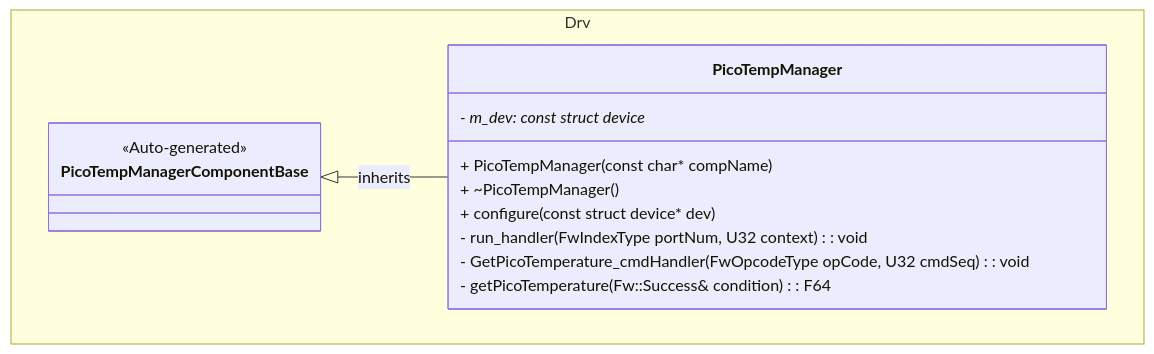
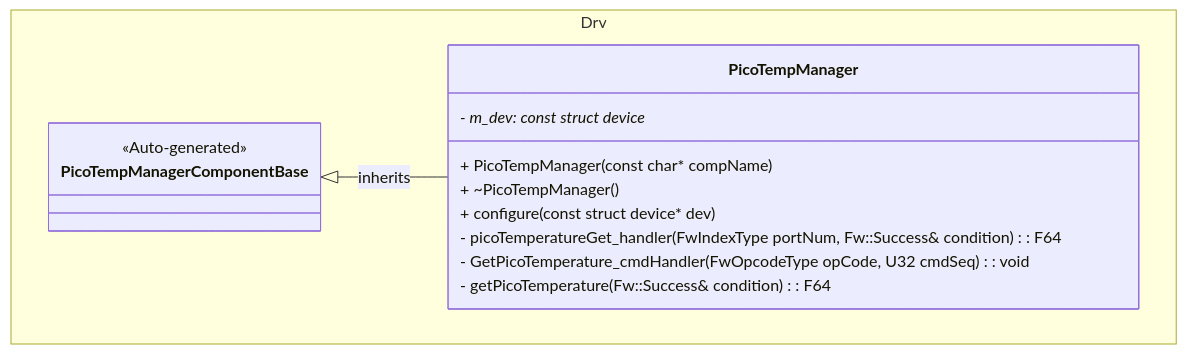
One commit to Open-Source-Space-Foundation/proves-core-reference changed the first of 2 diagrams in PROVESFlightControllerReference/Components/Drv/PicoTempManager/docs/sdd.md. Above: the diagram before and after it, drawn with Mermaid. The commit also changed other lines of this file and 7 other files, not shown here.

Commit message:
Integrate Pico die temperature sensor into ThermalManager and update documentation

````diff
--- a/PROVESFlightControllerReference/Components/Drv/PicoTempManager/docs/sdd.md
+++ b/PROVESFlightControllerReference/Components/Drv/PicoTempManager/docs/sdd.md
@@ -22,18 +22,18 @@
 ```mermaid
 classDiagram
     namespace Drv {
         class PicoTempManagerComponentBase {
             <<Auto-generated>>
         }
         class PicoTempManager {
             - m_dev: const struct device*
             + PicoTempManager(const char* compName)
             + ~PicoTempManager()
             + configure(const struct device* dev)
-            - run_handler(FwIndexType portNum, U32 context): void
+            - picoTemperatureGet_handler(FwIndexType portNum, Fw::Success& condition): F64
             - GetPicoTemperature_cmdHandler(FwOpcodeType opCode, U32 cmdSeq): void
             - getPicoTemperature(Fw::Success& condition): F64
         }
     }
     PicoTempManagerComponentBase <|-- PicoTempManager : inherits
 ```
````
